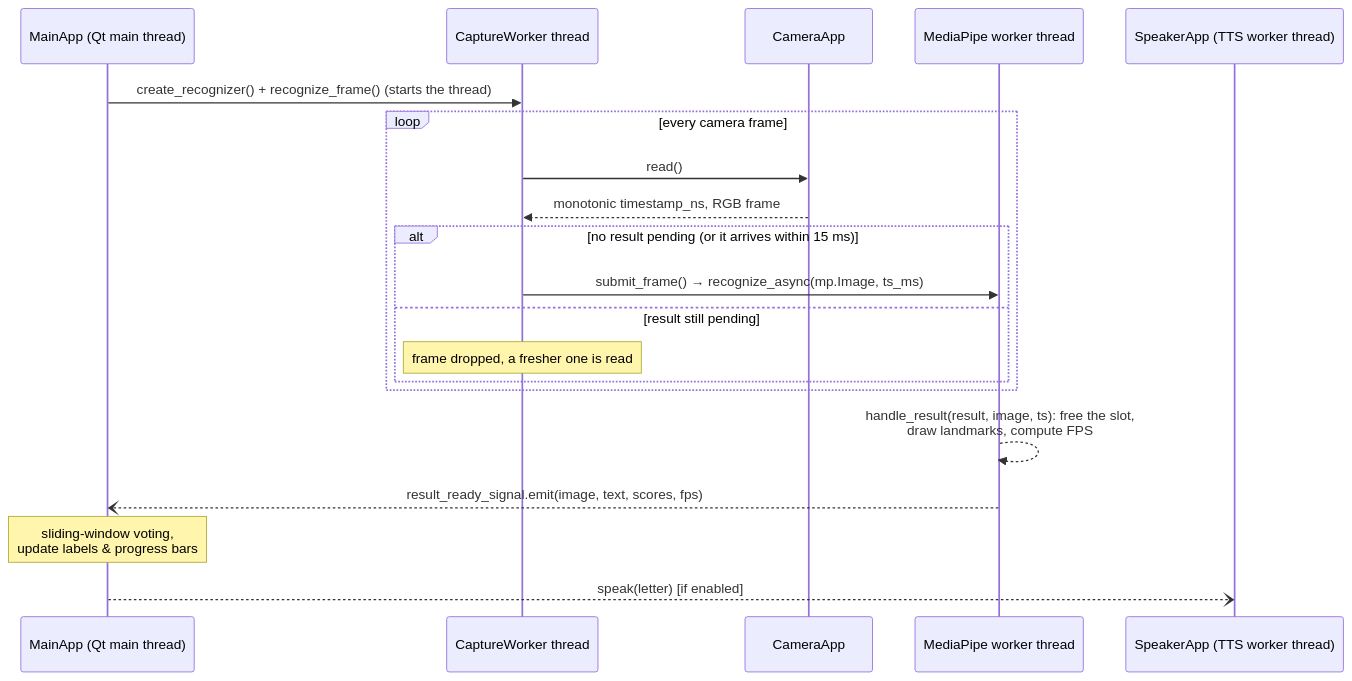
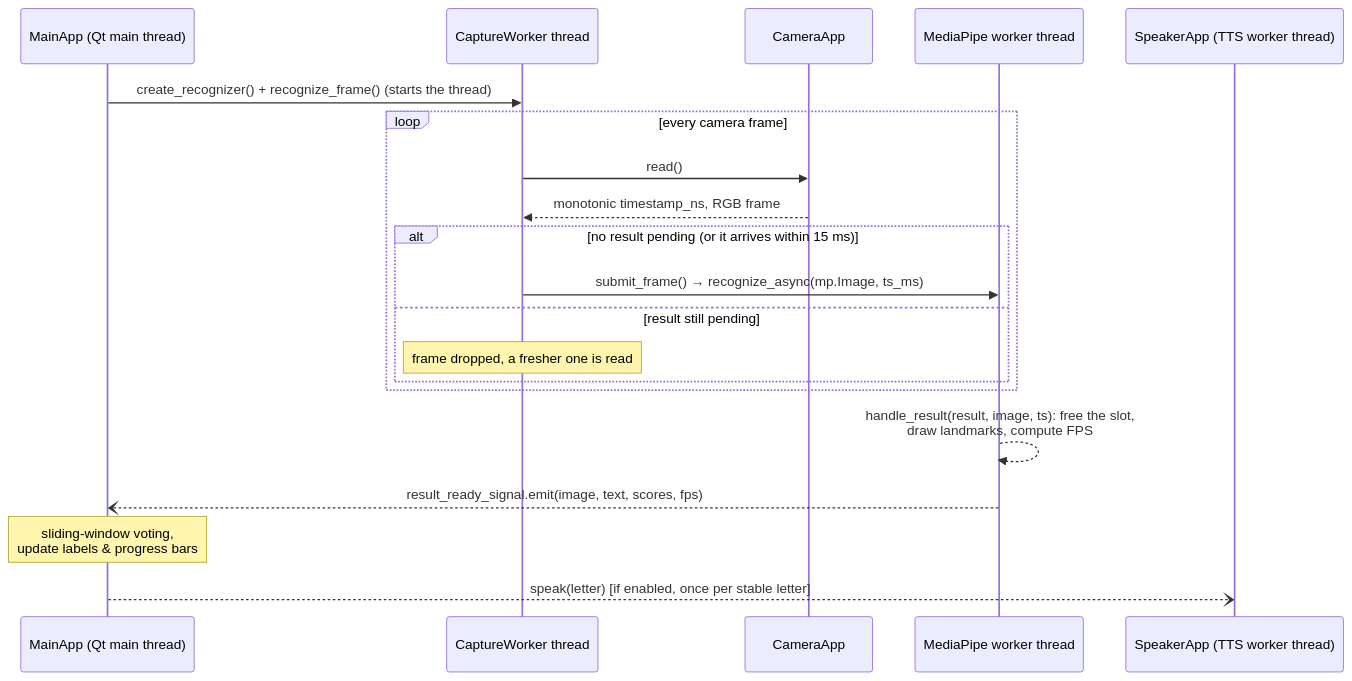
One commit to DXtR1337/AI_sign_language_translator changed the second of 2 diagrams in docs/TECHNICAL_DOCUMENTATION.md. Above: the diagram before and after it, drawn with Mermaid. The commit also changed other lines of this file and 5 other files, not shown here.

First line of the commit message:
Speak each letter once when it is stable instead of repeating it every frame

````diff
--- a/docs/TECHNICAL_DOCUMENTATION.md
+++ b/docs/TECHNICAL_DOCUMENTATION.md
@@ -83,23 +83,23 @@
 ```mermaid
 sequenceDiagram
     participant M as MainApp (Qt main thread)
     participant W as CaptureWorker thread
     participant C as CameraApp
     participant MP as MediaPipe worker thread
     participant T as SpeakerApp (TTS worker thread)
 
     M->>W: create_recognizer() + recognize_frame() (starts the thread)
     loop every camera frame
         W->>C: read()
         C-->>W: monotonic timestamp_ns, RGB frame
         alt no result pending (or it arrives within 15 ms)
             W->>MP: submit_frame() → recognize_async(mp.Image, ts_ms)
         else result still pending
             Note over W: frame dropped, a fresher one is read
         end
     end
     MP-->>MP: handle_result(result, image, ts): free the slot,<br/>draw landmarks, compute FPS
     MP--)M: result_ready_signal.emit(image, text, scores, fps)
     Note over M: sliding-window voting,<br/>update labels & progress bars
-    M--)T: speak(letter)  [if enabled]
+    M--)T: speak(letter)  [if enabled, once per stable letter]
 ```
````
